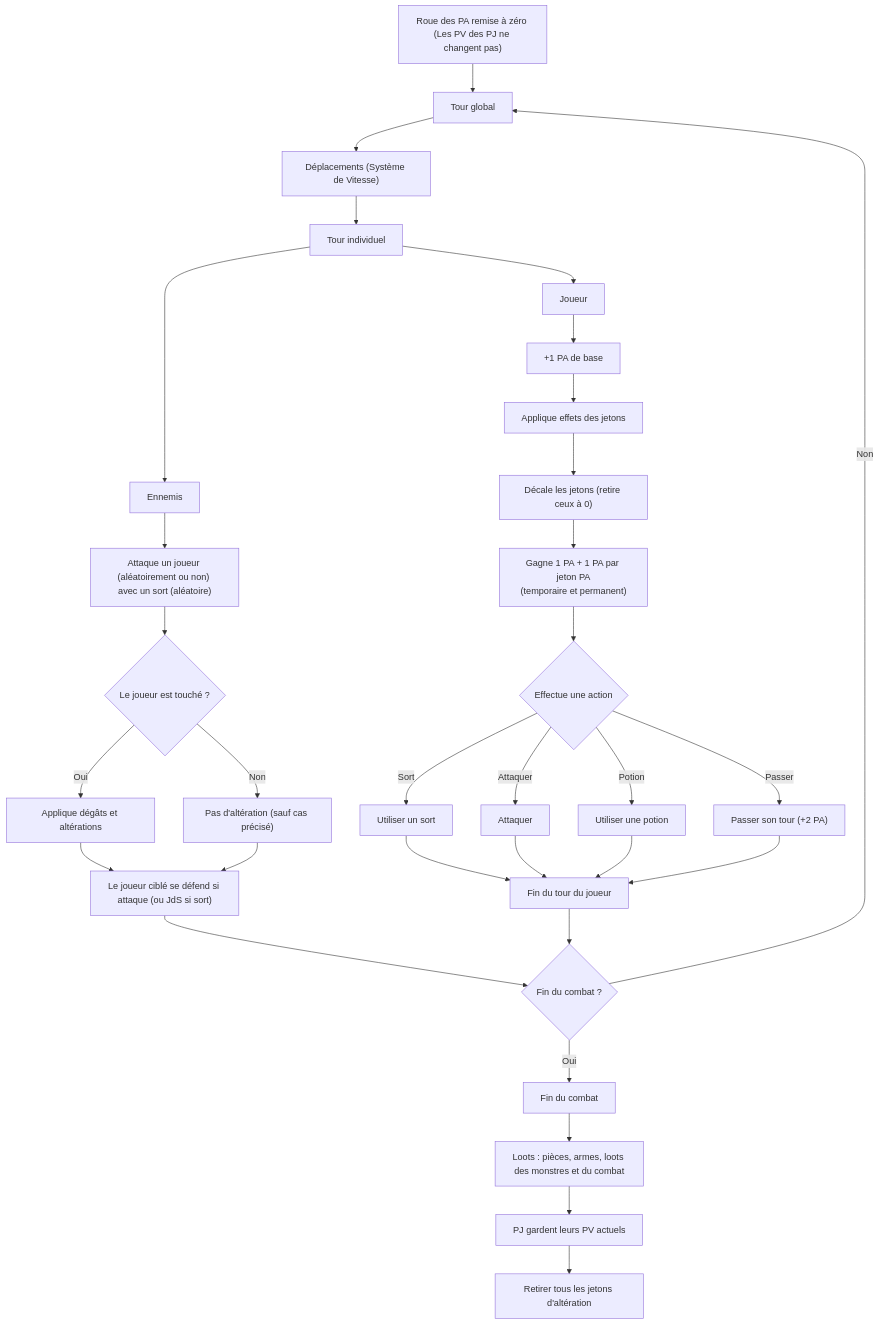
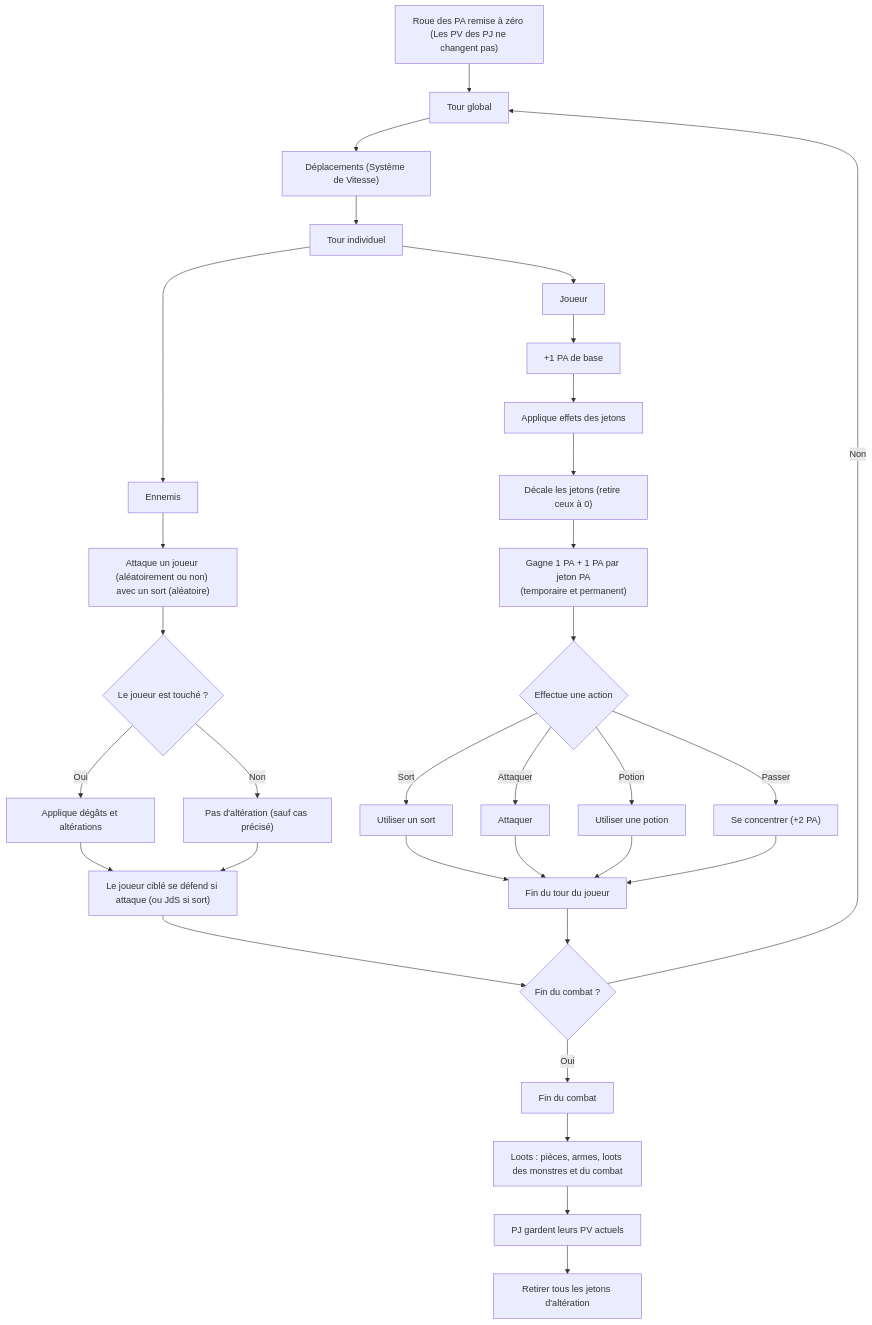
One commit to golngaz/envy-fortress changed the diagram in gameplay/Schéma Combat.md. Above: the diagram before and after it, drawn with Mermaid. The commit also changed 5 other files, not shown here.

````diff
--- a/gameplay/Schéma Combat.md
+++ b/gameplay/Schéma Combat.md
@@ -5,46 +5,46 @@
 ```mermaid
 flowchart TD
   C["Roue des PA remise à zéro (Les PV des PJ ne changent pas)"]
 
   C --> D["Tour global"]
   D --> E["Déplacements (Système de Vitesse)"]
 
   E --> F["Tour individuel"]
 
   %% --- Tour Joueur ---
   F --> G["Joueur"]
   G --> G1["+1 PA de base"]
   G1 --> G2["Applique effets des jetons"]
   G2 --> G3["Décale les jetons (retire ceux à 0)"]
   G3 --> G4["Gagne 1 PA + 1 PA par jeton PA\n(temporaire et permanent)"]
 
   G4 --> G6{"Effectue une action"}
   G6 -->|Sort| G7["Utiliser un sort"]
   G6 -->|Attaquer| G8["Attaquer"]
   G6 -->|Potion| G9["Utiliser une potion"]
-  G6 -->|Passer| G10["Passer son tour (+2 PA)"]
+  G6 -->|Passer| G10["Se concentrer (+2 PA)"]
   G7 --> H["Fin du tour du joueur"]
   G8 --> H
   G9 --> H
   G10 --> H
 
   %% --- Tour Ennemi ---
   F --> I["Ennemis"]
   I --> I1["Attaque un joueur (aléatoirement ou non) avec un sort (aléatoire)"]
   I1 --> I3{"Le joueur est touché ?"}
   I3 -->|Oui| I4["Applique dégâts et altérations"]
   I3 -->|Non| I5["Pas d'altération (sauf cas précisé)"]
   I4 --> I6["Le joueur ciblé se défend si attaque (ou JdS si sort)"]
   I5 --> I6
   I6 --> K
 
   %% --- Fin de tour commune ---
   H --> K{"Fin du combat ?"}
 
   K -->|Non| D
   K -->|Oui| L["Fin du combat"]
 
   L --> L1["Loots : pièces, armes, loots des monstres et du combat"]
   L1 --> L2["PJ gardent leurs PV actuels"]
   L2 --> L3["Retirer tous les jetons d'altération"]
 ```
````
